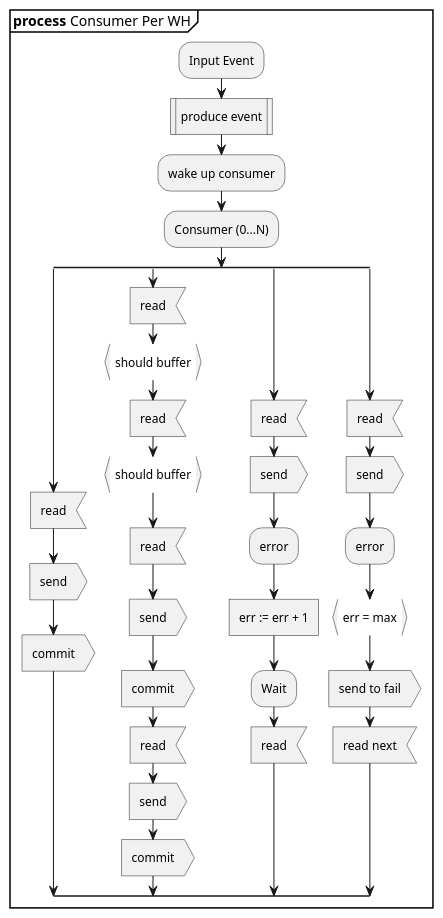
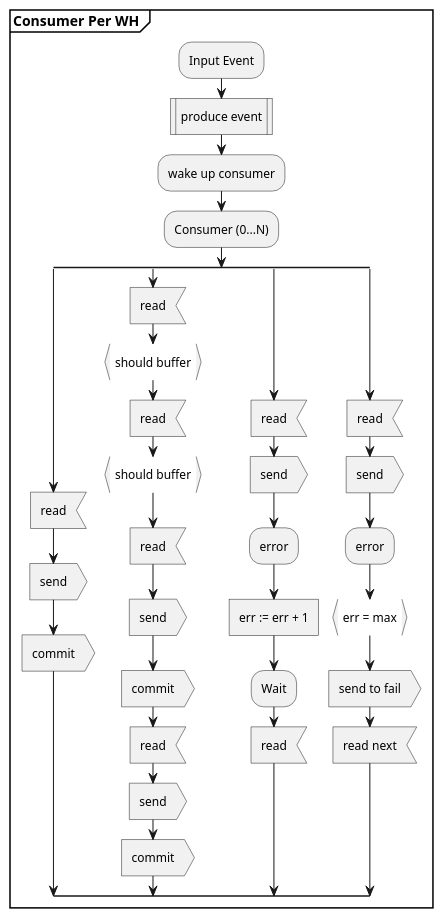
One commit to dinavinter/my_docs changed the diagram in task_queues/kafkapuller.puml. Above: the diagram before and after it, drawn with PlantUML. The commit also changed 1 other file, not shown here.

```diff
--- a/task_queues/kafkapuller.puml
+++ b/task_queues/kafkapuller.puml
@@ -1,42 +1,42 @@
 @startuml
-partition "**process** Consumer Per WH" {
+partition "**Consumer Per WH** " {
 
 :Input Event;
 :produce event|
 :wake up consumer;
 :Consumer (0...N);
 split
  :read<
  :send>
  :commit>
 split again
  :read<
  :should buffer} 
  :read<
  :should buffer} 
  :read< 
  :send>
  :commit>
  :read<
  :send>
  :commit>
 split again
   :read<
   :send> 
   :error;
   :err := err + 1] 
   :Wait\\
   :read<
 
  split again
  :read<
  :send> 
  :error;
  :err = max}
  :send to fail>  
  :read next< 
 end split
 }
 
 
  @enduml
```
